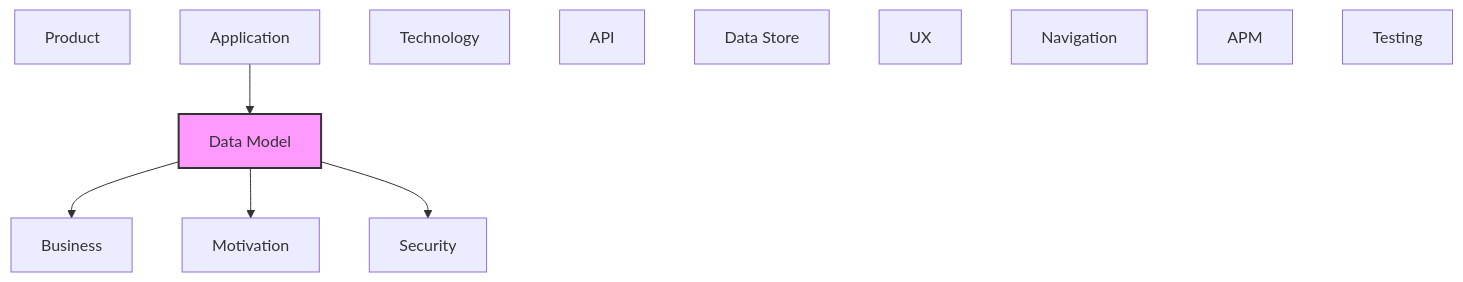
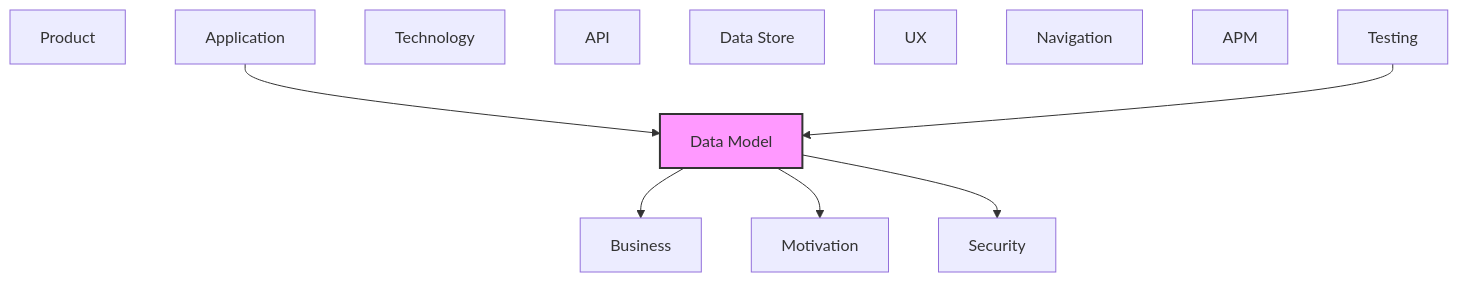
One commit to tinkermonkey/documentation_robotics_viewer changed the second of 2 diagrams in documentation-robotics/reports/08-data-model-layer-report.md. Above: the diagram before and after it, drawn with Mermaid. The commit also changed other lines of this file and 38 other files, not shown here.

````diff
--- a/documentation-robotics/reports/08-data-model-layer-report.md
+++ b/documentation-robotics/reports/08-data-model-layer-report.md
@@ -82,22 +82,23 @@
 ```mermaid
 flowchart TB
   classDef current fill:#f9f,stroke:#333,stroke-width:2px
   motivation["Motivation"]
   business["Business"]
   product["Product"]
   security["Security"]
   application["Application"]
   technology["Technology"]
   api["API"]
   data_model["Data Model"]
   data_store["Data Store"]
   ux["UX"]
   navigation["Navigation"]
   apm["APM"]
   testing["Testing"]
   application --> data_model
   data_model --> business
   data_model --> motivation
   data_model --> security
+  testing --> data_model
   class data_model current
 ```
````
